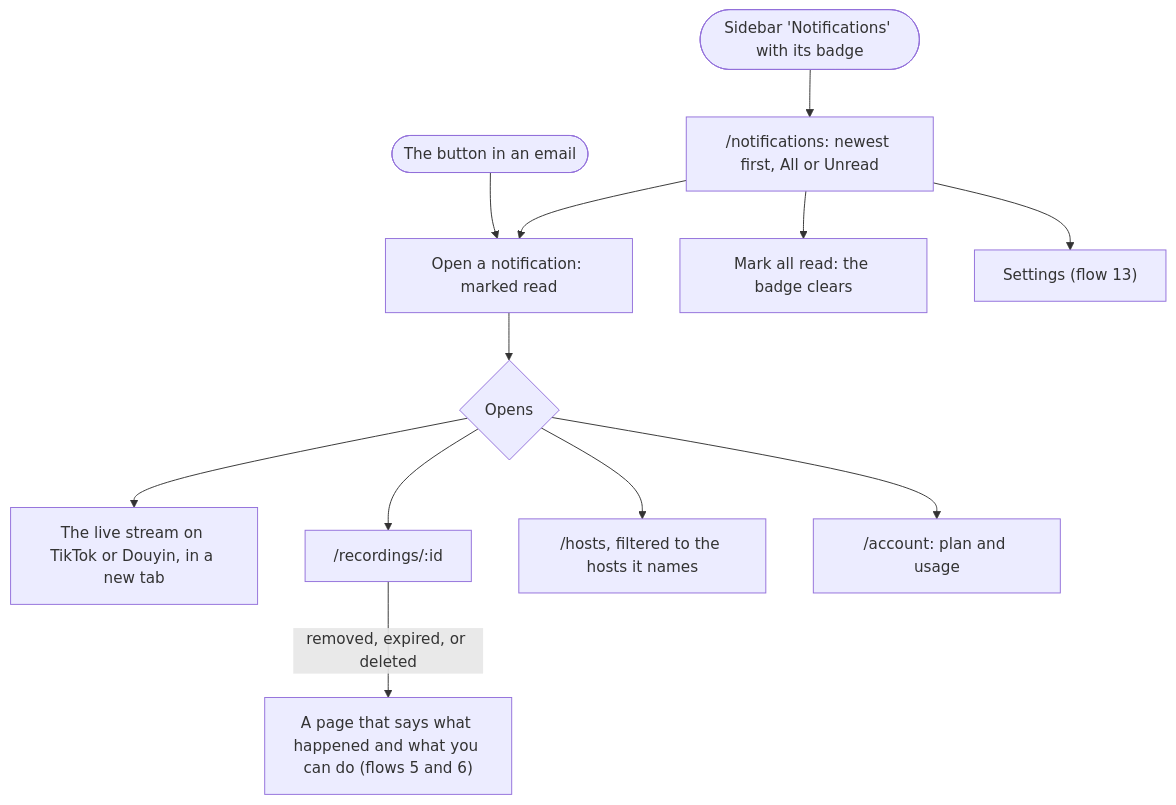
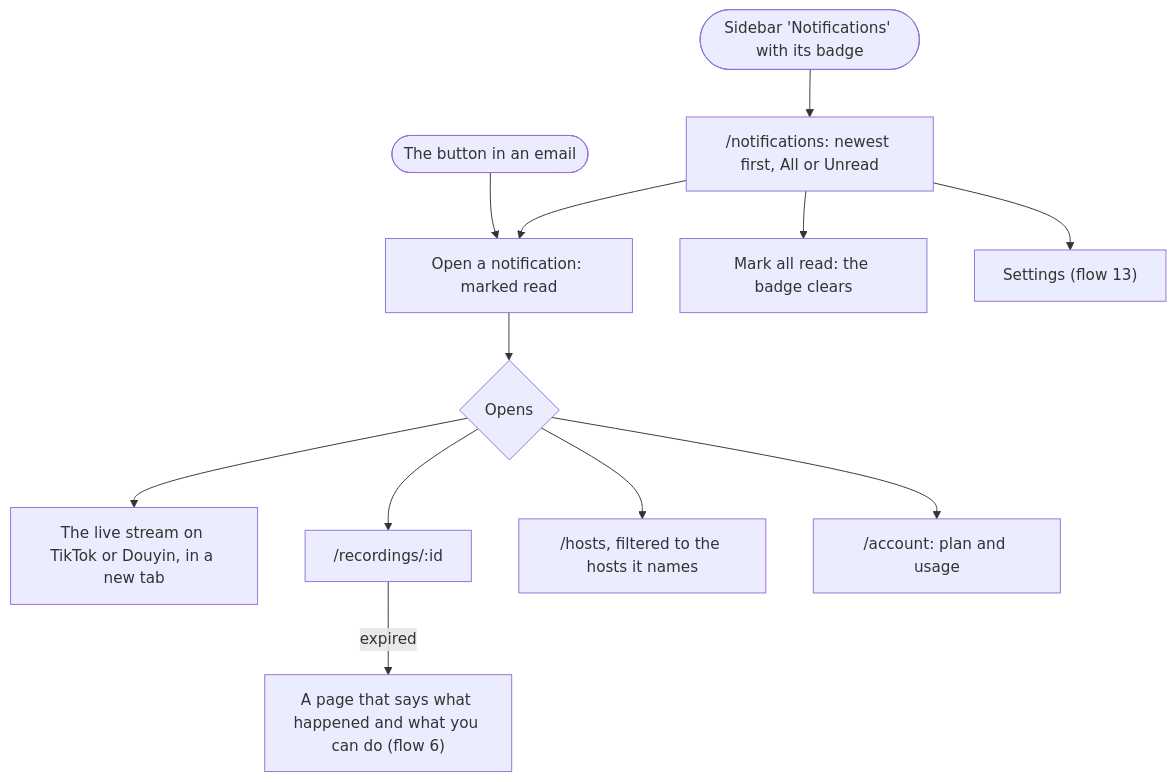
Before and after one commit to binhld98/AutoRecordLive: the third of 4 diagrams in docs/user-flows-notifications.md, drawn with Mermaid. The commit also changed other lines of this file and 5 other files, not shown here.

````diff
--- a/docs/user-flows-notifications.md
+++ b/docs/user-flows-notifications.md
@@ -118,14 +117,14 @@
 ```mermaid
 flowchart TD
   entry(["Sidebar 'Notifications' with its badge"]) --> page["/notifications: newest first, All or Unread"]
   page --> open["Open a notification: marked read"]
   mail(["The button in an email"]) --> open
   open --> target{"Opens"}
   target --> live["The live stream on TikTok or Douyin, in a new tab"]
   target --> rec["/recordings/:id"]
   target --> hosts["/hosts, filtered to the hosts it names"]
   target --> account["/account: plan and usage"]
-  rec -- "removed, expired, or deleted" --> gone["A page that says what happened and what you can do (flows 5 and 6)"]
+  rec -- expired --> gone["A page that says what happened and what you can do (flow 6)"]
   page --> markall["Mark all read: the badge clears"]
   page --> settings["Settings (flow 13)"]
 ```
````
